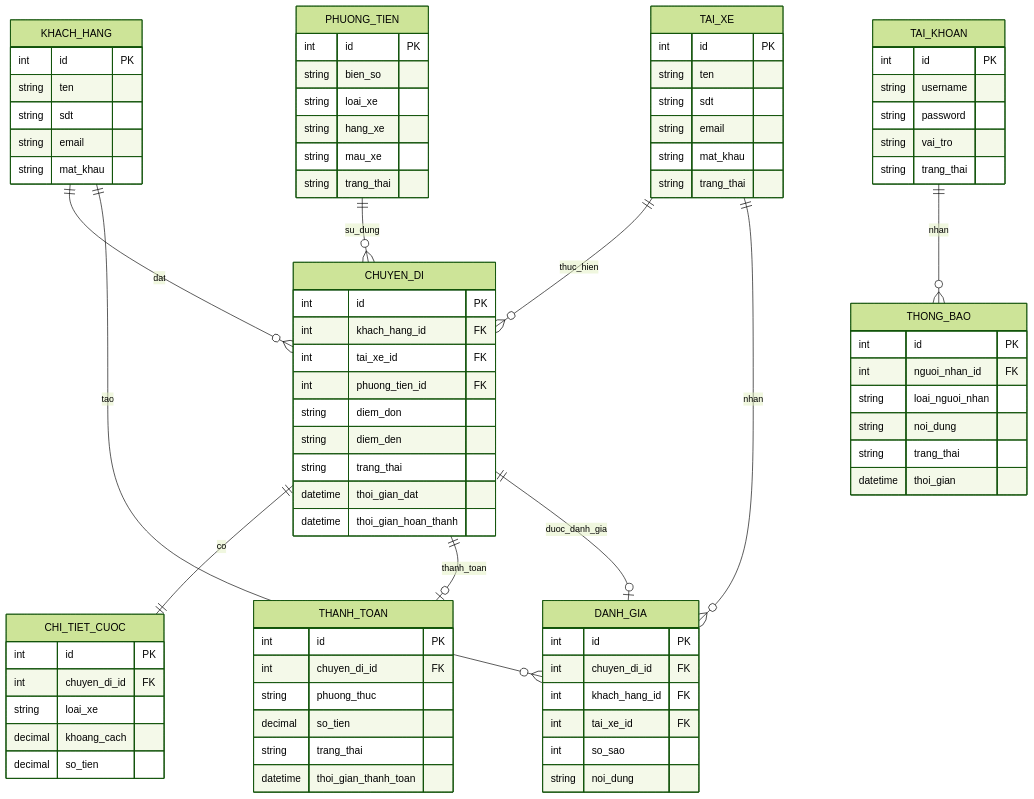
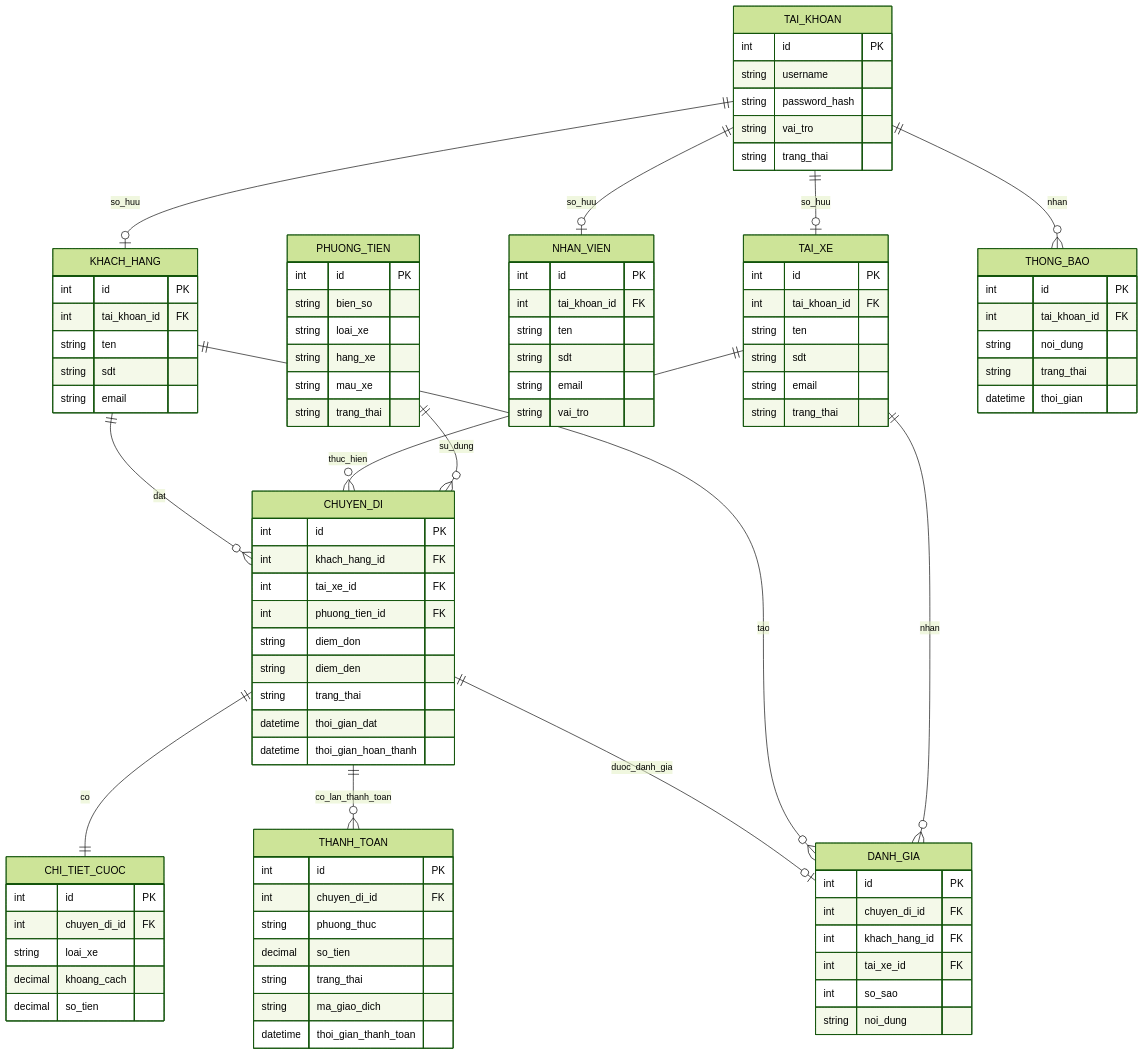
One commit to VoNgocHuyenTran/23664731_VoNgocHuyenTran_Cabsystem changed the second of 3 diagrams in srs.md. Above: the diagram before and after it, drawn with Mermaid (forest theme). The commit also changed other lines of this file, not shown here.

````diff
--- a/srs.md
+++ b/srs.md
@@ -639,36 +638,48 @@
 ```mermaid
 erDiagram
-
+    TAI_KHOAN ||--o| KHACH_HANG : "so_huu"
+    TAI_KHOAN ||--o| TAI_XE : "so_huu"
+    TAI_KHOAN ||--o| NHAN_VIEN : "so_huu"
     KHACH_HANG ||--o{ CHUYEN_DI : "dat"
     TAI_XE ||--o{ CHUYEN_DI : "thuc_hien"
     PHUONG_TIEN ||--o{ CHUYEN_DI : "su_dung"
-
     CHUYEN_DI ||--|| CHI_TIET_CUOC : "co"
-    CHUYEN_DI ||--o| THANH_TOAN : "thanh_toan"
+    CHUYEN_DI ||--o{ THANH_TOAN : "co_lan_thanh_toan"
     CHUYEN_DI ||--o| DANH_GIA : "duoc_danh_gia"
-
     KHACH_HANG ||--o{ DANH_GIA : "tao"
     TAI_XE ||--o{ DANH_GIA : "nhan"
-
     TAI_KHOAN ||--o{ THONG_BAO : "nhan"
 
+    TAI_KHOAN {
+        int id PK
+        string username
+        string password_hash
+        string vai_tro
+        string trang_thai
+    }
     KHACH_HANG {
         int id PK
+        int tai_khoan_id FK
         string ten
         string sdt
         string email
-        string mat_khau
     }
-
     TAI_XE {
         int id PK
+        int tai_khoan_id FK
         string ten
         string sdt
         string email
-        string mat_khau
         string trang_thai
     }
-
+    NHAN_VIEN {
+        int id PK
+        int tai_khoan_id FK
+        string ten
+        string sdt
+        string email
+        string vai_tro
+    }
     PHUONG_TIEN {
         int id PK
         string bien_so
@@ -677,7 +688,6 @@
         string mau_xe
         string trang_thai
     }
-
     CHUYEN_DI {
         int id PK
         int khach_hang_id FK
@@ -689,7 +699,6 @@
         datetime thoi_gian_dat
         datetime thoi_gian_hoan_thanh
     }
-
     CHI_TIET_CUOC {
         int id PK
         int chuyen_di_id FK
@@ -697,16 +706,15 @@
         decimal khoang_cach
         decimal so_tien
     }
-
     THANH_TOAN {
         int id PK
         int chuyen_di_id FK
         string phuong_thuc
         decimal so_tien
         string trang_thai
+        string ma_giao_dich
         datetime thoi_gian_thanh_toan
     }
-
     DANH_GIA {
         int id PK
         int chuyen_di_id FK
@@ -715,19 +723,9 @@
         int so_sao
         string noi_dung
     }
-
-    TAI_KHOAN {
-        int id PK
-        string username
-        string password
-        string vai_tro
-        string trang_thai
-    }
-
     THONG_BAO {
         int id PK
-        int nguoi_nhan_id FK
-        string loai_nguoi_nhan
+        int tai_khoan_id FK
         string noi_dung
         string trang_thai
         datetime thoi_gian
````
